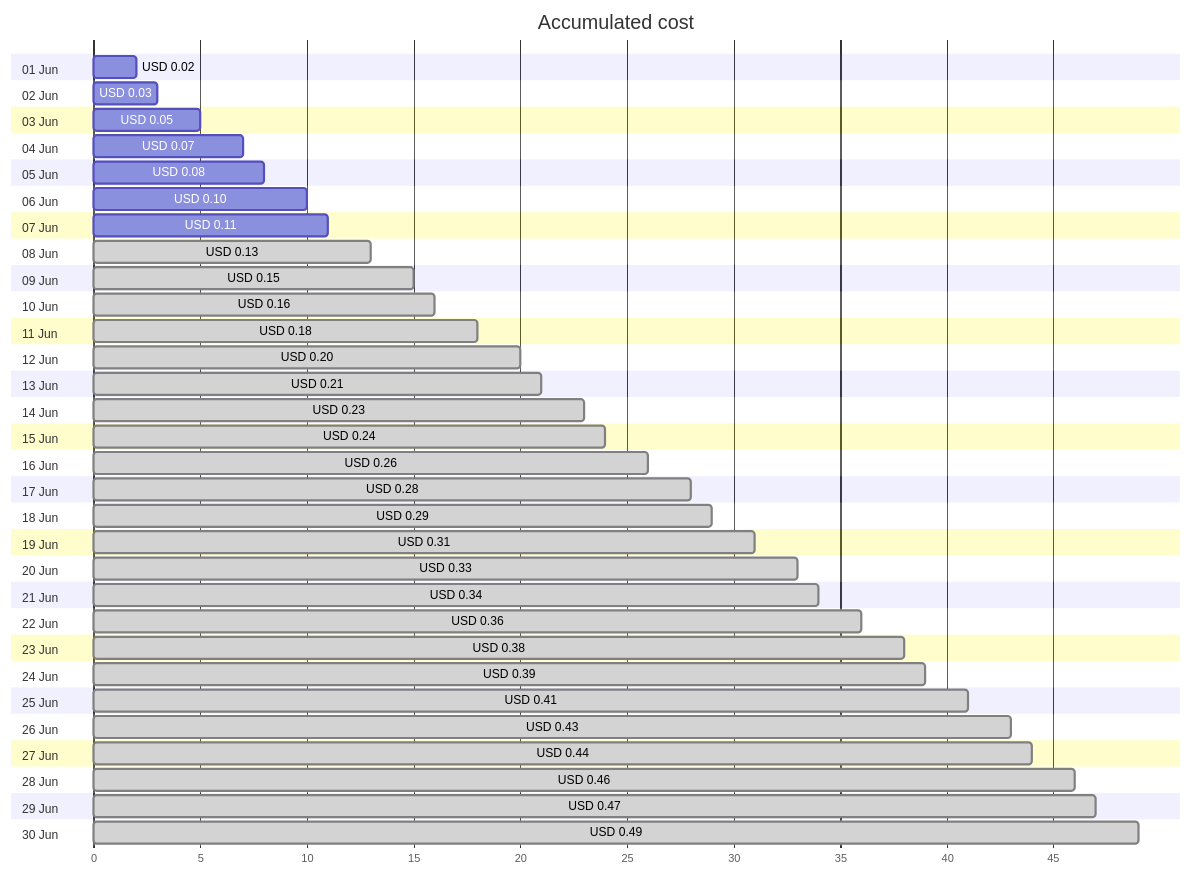
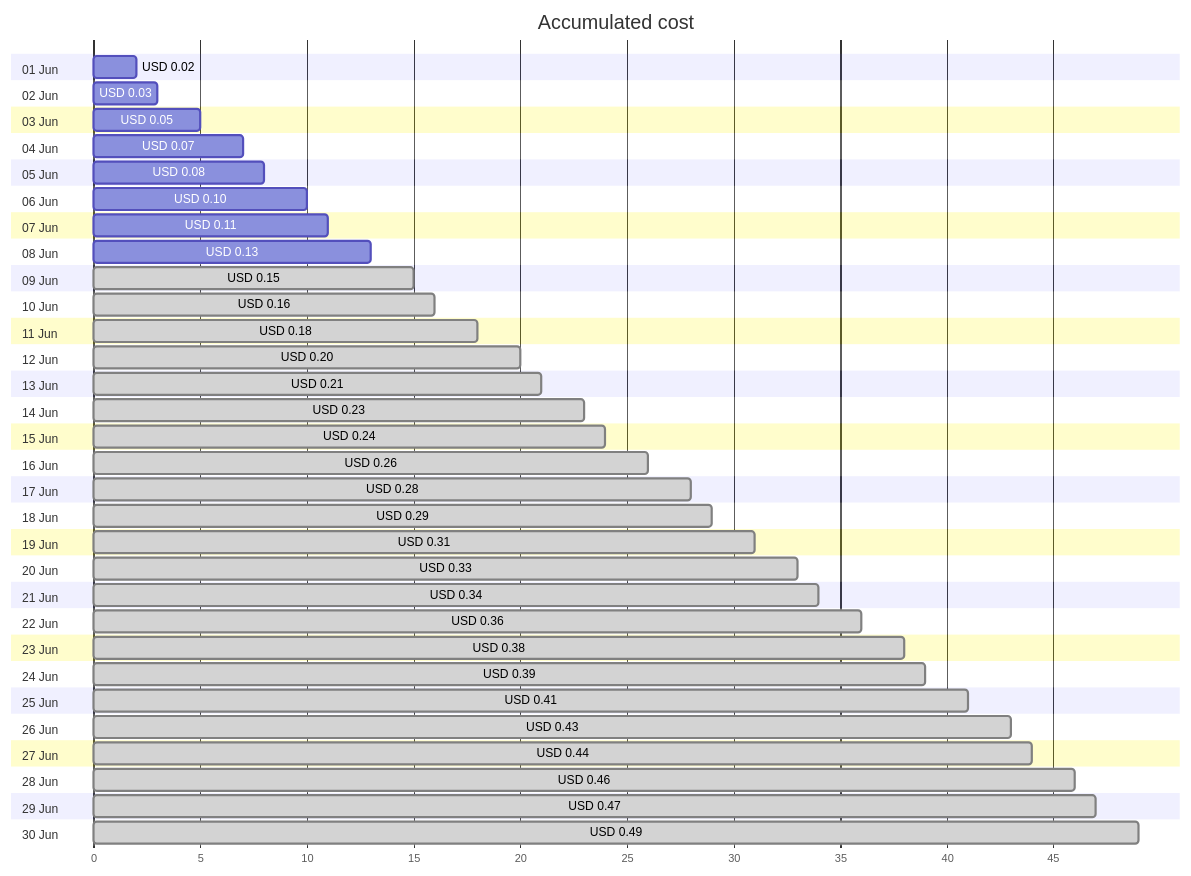
One commit to jpfulton/azure-personal-reports changed the first of 4 diagrams in cost-reports/personal-dns/jpatrickfulton.com.md. Above: the diagram before and after it, drawn with Mermaid. The commit also changed other lines of this file and 2 other files, not shown here.

````diff
--- a/cost-reports/personal-dns/jpatrickfulton.com.md
+++ b/cost-reports/personal-dns/jpatrickfulton.com.md
@@ -20,66 +20,66 @@
 ```mermaid
 gantt
    title Accumulated cost
    dateFormat  X
    axisFormat %s
    section 01 Jun
    USD 0.02 :0, 2
    section 02 Jun
    USD 0.03 :0, 3
    section 03 Jun
    USD 0.05 :0, 5
    section 04 Jun
    USD 0.07 :0, 7
    section 05 Jun
    USD 0.08 :0, 8
    section 06 Jun
    USD 0.10 :0, 10
    section 07 Jun
    USD 0.11 :0, 11
    section 08 Jun
-   USD 0.13 : done, 0, 13
+   USD 0.13 :0, 13
    section 09 Jun
    USD 0.15 : done, 0, 15
    section 10 Jun
    USD 0.16 : done, 0, 16
    section 11 Jun
    USD 0.18 : done, 0, 18
    section 12 Jun
    USD 0.20 : done, 0, 20
    section 13 Jun
    USD 0.21 : done, 0, 21
    section 14 Jun
    USD 0.23 : done, 0, 23
    section 15 Jun
    USD 0.24 : done, 0, 24
    section 16 Jun
    USD 0.26 : done, 0, 26
    section 17 Jun
    USD 0.28 : done, 0, 28
    section 18 Jun
    USD 0.29 : done, 0, 29
    section 19 Jun
    USD 0.31 : done, 0, 31
    section 20 Jun
    USD 0.33 : done, 0, 33
    section 21 Jun
    USD 0.34 : done, 0, 34
    section 22 Jun
    USD 0.36 : done, 0, 36
    section 23 Jun
    USD 0.38 : done, 0, 38
    section 24 Jun
    USD 0.39 : done, 0, 39
    section 25 Jun
    USD 0.41 : done, 0, 41
    section 26 Jun
    USD 0.43 : done, 0, 43
    section 27 Jun
    USD 0.44 : done, 0, 44
    section 28 Jun
    USD 0.46 : done, 0, 46
    section 29 Jun
    USD 0.47 : done, 0, 47
    section 30 Jun
    USD 0.49 : done, 0, 49
 ```
````
